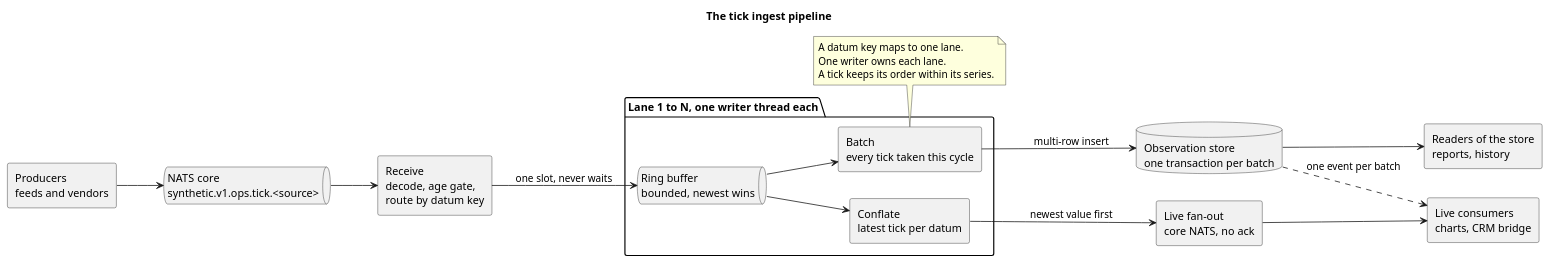
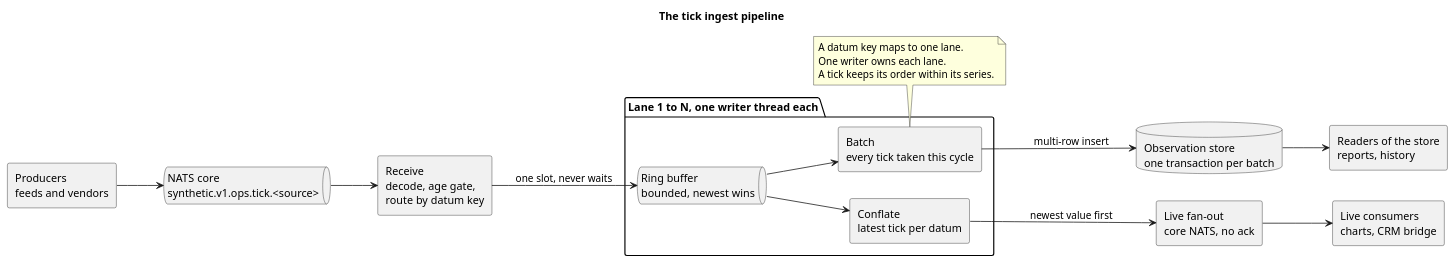
One commit to OreStudio/OreStudio changed the diagram in doc/knowledge/architecture/tick_ingest_pipeline.puml. Above: the diagram before and after it, drawn with PlantUML. The commit also changed 4 other files, not shown here.

```diff
--- a/doc/knowledge/architecture/tick_ingest_pipeline.puml
+++ b/doc/knowledge/architecture/tick_ingest_pipeline.puml
@@ -18,40 +18,39 @@
 @startuml
 
 title The tick ingest pipeline
 
 left to right direction
 skinparam componentStyle rectangle
 
 rectangle "Producers\nfeeds and vendors" as prod
 queue "NATS core\nsynthetic.v1.ops.tick.<source>" as nats
 rectangle "Receive\ndecode, age gate,\nroute by datum key" as recv
 
 package "Lane 1 to N, one writer thread each" {
     queue "Ring buffer\nbounded, newest wins" as ring
     rectangle "Conflate\nlatest tick per datum" as conf
     rectangle "Batch\nevery tick taken this cycle" as batch
 }
 
 rectangle "Live fan-out\ncore NATS, no ack" as live
 database "Observation store\none transaction per batch" as db
 rectangle "Live consumers\ncharts, CRM bridge" as cons
 rectangle "Readers of the store\nreports, history" as readers
 
 prod --> nats
 nats --> recv
 recv --> ring : one slot, never waits
 ring --> conf
 ring --> batch
 conf --> live : newest value first
 live --> cons
 batch --> db : multi-row insert
 db --> readers
-db ..> cons : one event per batch
 
 note bottom of batch
     A datum key maps to one lane.
     One writer owns each lane.
     A tick keeps its order within its series.
 end note
 
 @enduml
```
